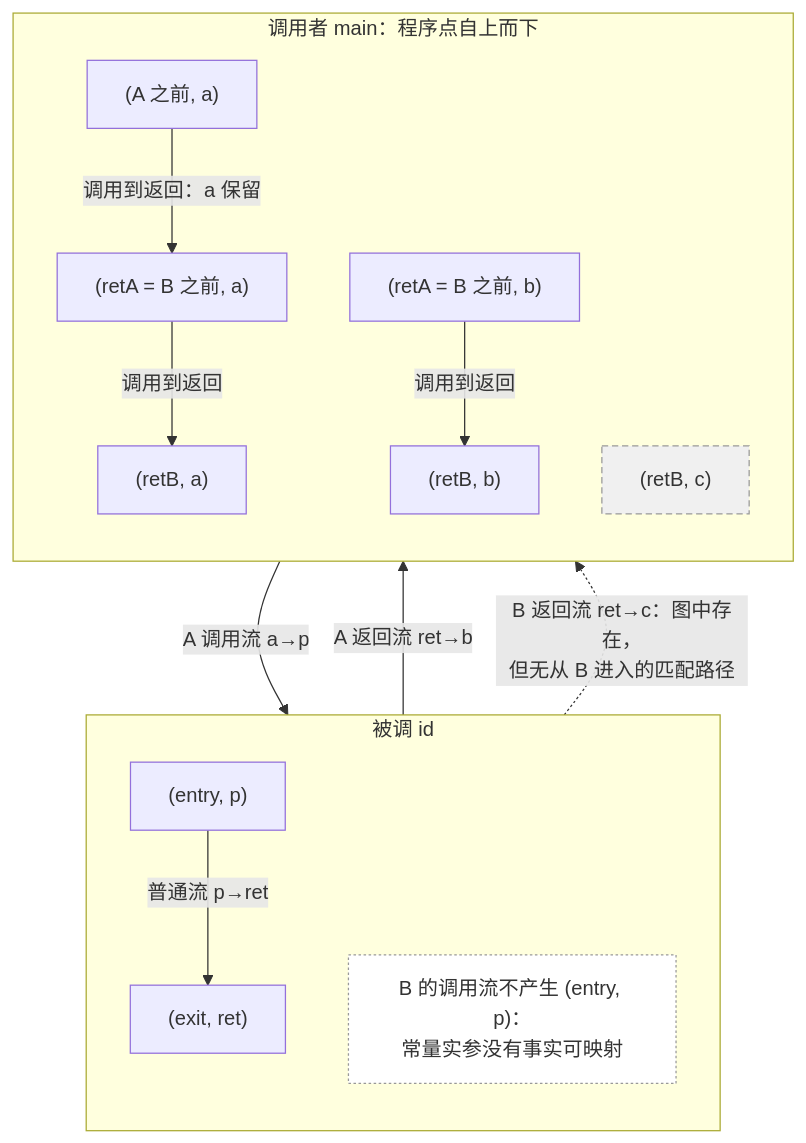
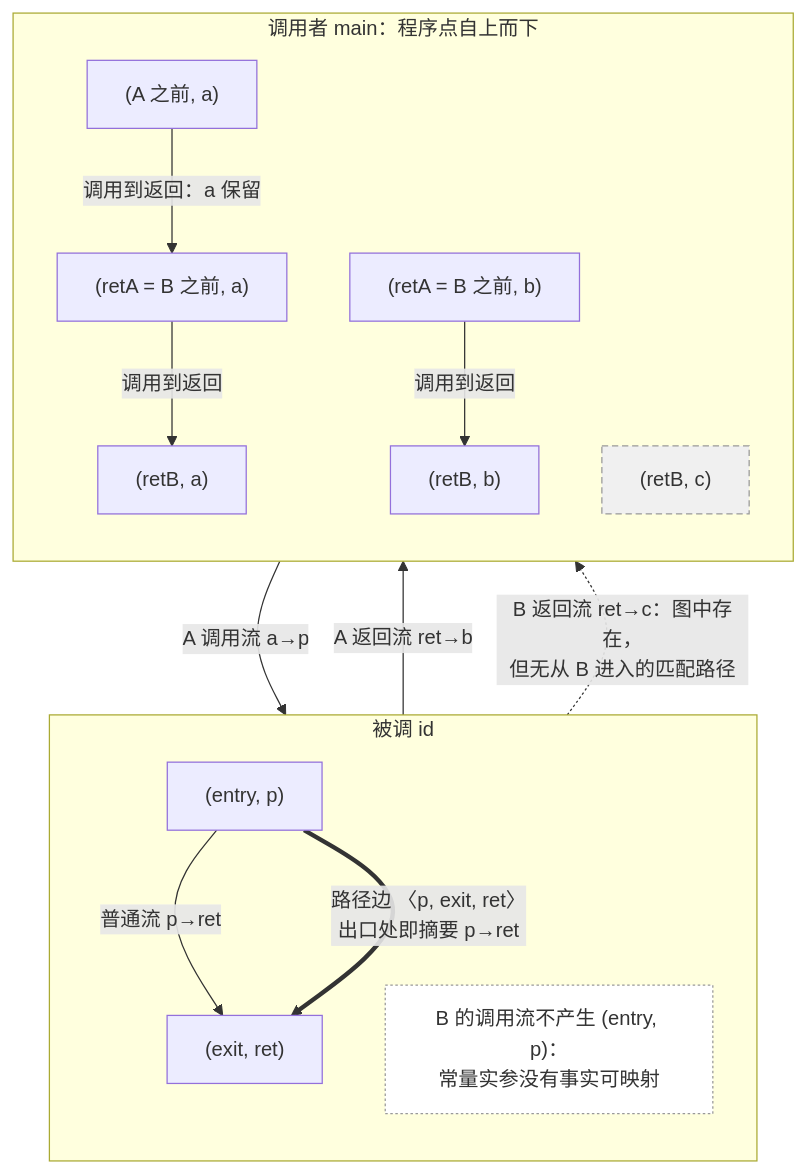
One commit to Scrates1/Scrates1.github.io changed the diagram in src/static-analysis/assets/07-series-2.mmd. Above: the diagram before and after it, drawn with Mermaid. The commit also changed 22 other files, not shown here.

```diff
--- a/src/static-analysis/assets/07-series-2.mmd
+++ b/src/static-analysis/assets/07-series-2.mmd
@@ -1,27 +1,29 @@
 flowchart TB
   subgraph Callee[被调 id]
     direction TB
     EP["(entry, p)"]
     XR["(exit, ret)"]
     NOTE["B 的调用流不产生 (entry, p)：
 常量实参没有事实可映射"]
   end
   subgraph Caller[调用者 main：程序点自上而下]
     direction TB
     P0a["(A 之前, a)"]
     RAa["(retA = B 之前, a)"]
     RAb["(retA = B 之前, b)"]
     RBa["(retB, a)"]
     RBb["(retB, b)"]
     RBc["(retB, c)"]
   end
   P0a -->|调用到返回：a 保留| RAa
   RAa -->|调用到返回| RBa
   RAb -->|调用到返回| RBb
   P0a -->|A 调用流 a→p| EP
   EP -->|普通流 p→ret| XR
+  EP ==>|路径边 〈p, exit, ret〉
+出口处即摘要 p→ret| XR
   XR -->|A 返回流 ret→b| RAb
   XR -.->|B 返回流 ret→c：图中存在，
 但无从 B 进入的匹配路径| RBc
   style RBc fill:#f0f0f0,stroke:#999999,stroke-dasharray:5 3
   style NOTE fill:#ffffff,stroke:#999999,stroke-dasharray:2 2
```
